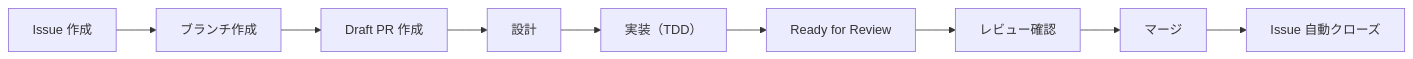
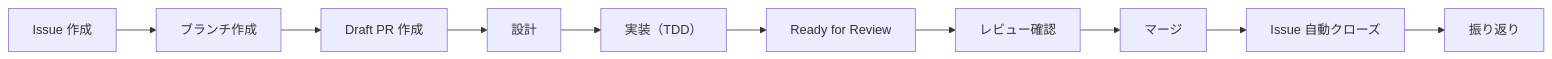
The first of 3 diagrams in docs/04_手順書/04_開発フロー/01_Issue駆動開発.md (ka2kama/ringiflow), drawn with Mermaid before and after one commit. The commit also changed other lines of this file and 10 other files, not shown here.

````diff
--- a/docs/04_手順書/04_開発フロー/01_Issue駆動開発.md
+++ b/docs/04_手順書/04_開発フロー/01_Issue駆動開発.md
@@ -20,11 +20,12 @@
 ```mermaid
 flowchart LR
     A["Issue 作成"] --> B["ブランチ作成"]
     B --> C["Draft PR 作成"]
     C --> D["設計"]
     D --> E["実装（TDD）"]
     E --> F["Ready for Review"]
     F --> G["レビュー確認"]
     G --> H["マージ"]
     H --> I["Issue 自動クローズ"]
+    I --> J["振り返り"]
 ```
````
